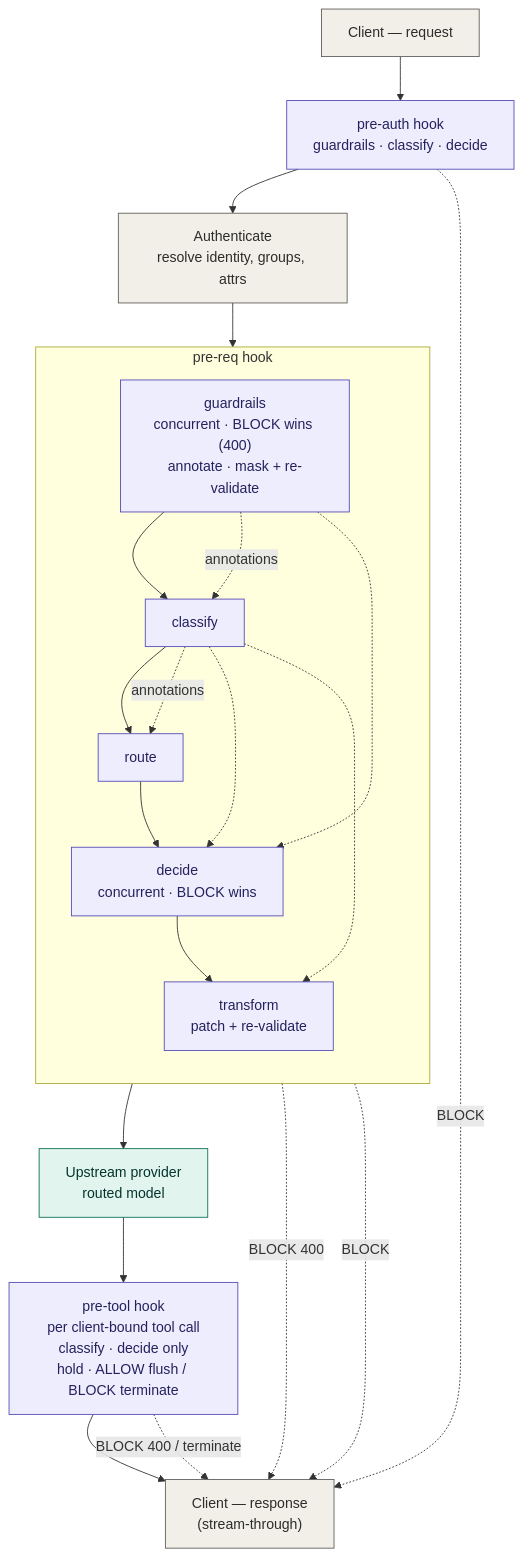
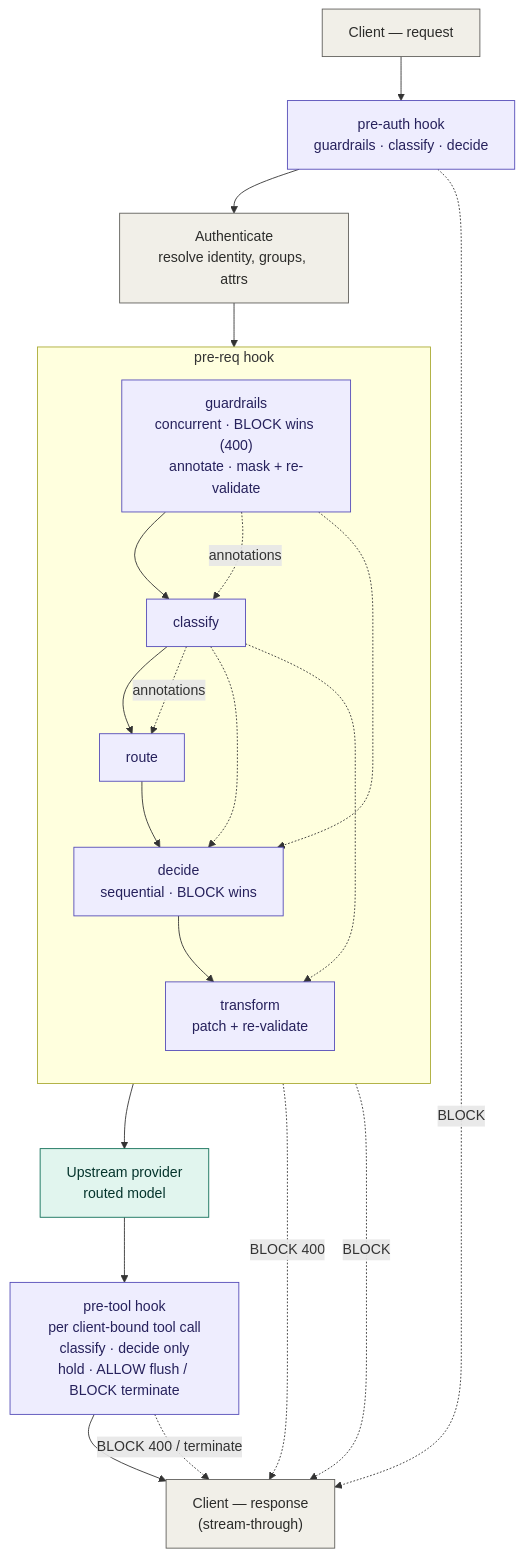
Before and after one commit to coder/coder: the diagram in policy-engine-design.md, drawn with Mermaid. The commit also changed other lines of this file, not shown here.

````diff
--- a/policy-engine-design.md
+++ b/policy-engine-design.md
@@ -443,35 +559,35 @@
 ```mermaid
 flowchart TD
   C["Client — request"] --> PA["pre-auth hook<br/>guardrails · classify · decide"]
   PA --> AU["Authenticate<br/>resolve identity, groups, attrs"]
   AU --> GR
 
   subgraph PR["pre-req hook"]
     direction TB
     GR["guardrails<br/>concurrent · BLOCK wins (400)<br/>annotate · mask + re-validate"] --> CL["classify"]
     CL --> RO["route"]
-    RO --> DE["decide<br/>concurrent · BLOCK wins"]
+    RO --> DE["decide<br/>sequential · BLOCK wins"]
     DE --> TR["transform<br/>patch + re-validate"]
   end
 
   TR --> UP["Upstream provider<br/>routed model"]
   UP --> PT["pre-tool hook<br/>per client-bound tool call<br/>classify · decide only<br/>hold · ALLOW flush / BLOCK terminate"]
   PT --> RC["Client — response<br/>(stream-through)"]
 
   GR -. annotations .-> CL
   GR -.-> DE
   CL -. annotations .-> RO
   CL -.-> DE
   CL -.-> TR
   PA -. BLOCK .-> RC
   GR -. BLOCK 400 .-> RC
   DE -. BLOCK .-> RC
   PT -. BLOCK 400 / terminate .-> RC
 
   classDef hook fill:#EEEDFE,stroke:#534AB7,color:#26215C;
   classDef step fill:#F1EFE8,stroke:#5F5E5A,color:#2C2C2A;
   classDef prov fill:#E1F5EE,stroke:#0F6E56,color:#04342C;
   class PA,GR,CL,RO,DE,TR,PT hook;
   class C,AU,RC step;
   class UP prov;
 ```
````
